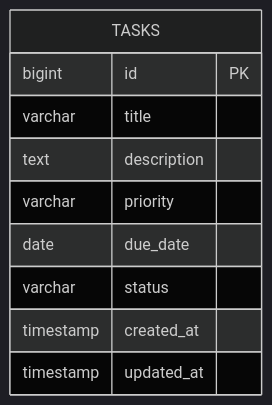
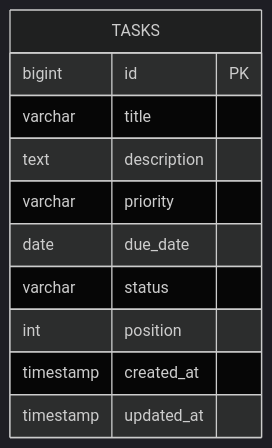
The diagram in docs/database-design.md (Ryo-Hideshima/AI_course), drawn with Mermaid (dark theme) before and after one commit. The commit also changed other lines of this file and 12 other files, not shown here.

````diff
--- a/docs/database-design.md
+++ b/docs/database-design.md
@@ -6,13 +6,14 @@
 ```mermaid
 erDiagram
     TASKS {
         bigint id PK
         varchar title
         text description
         varchar priority
         date due_date
         varchar status
+        int position
         timestamp created_at
         timestamp updated_at
     }
 ```
````
